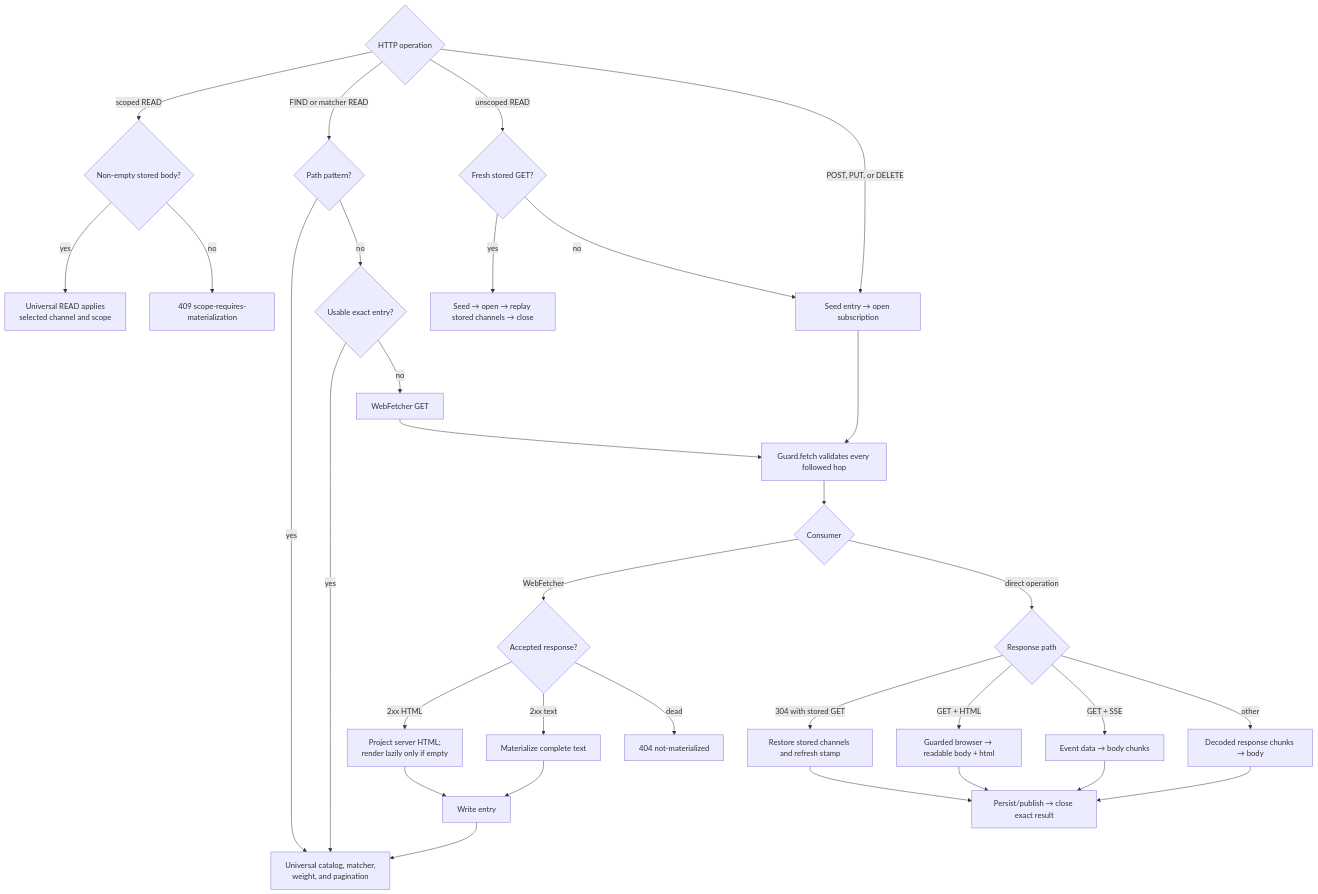
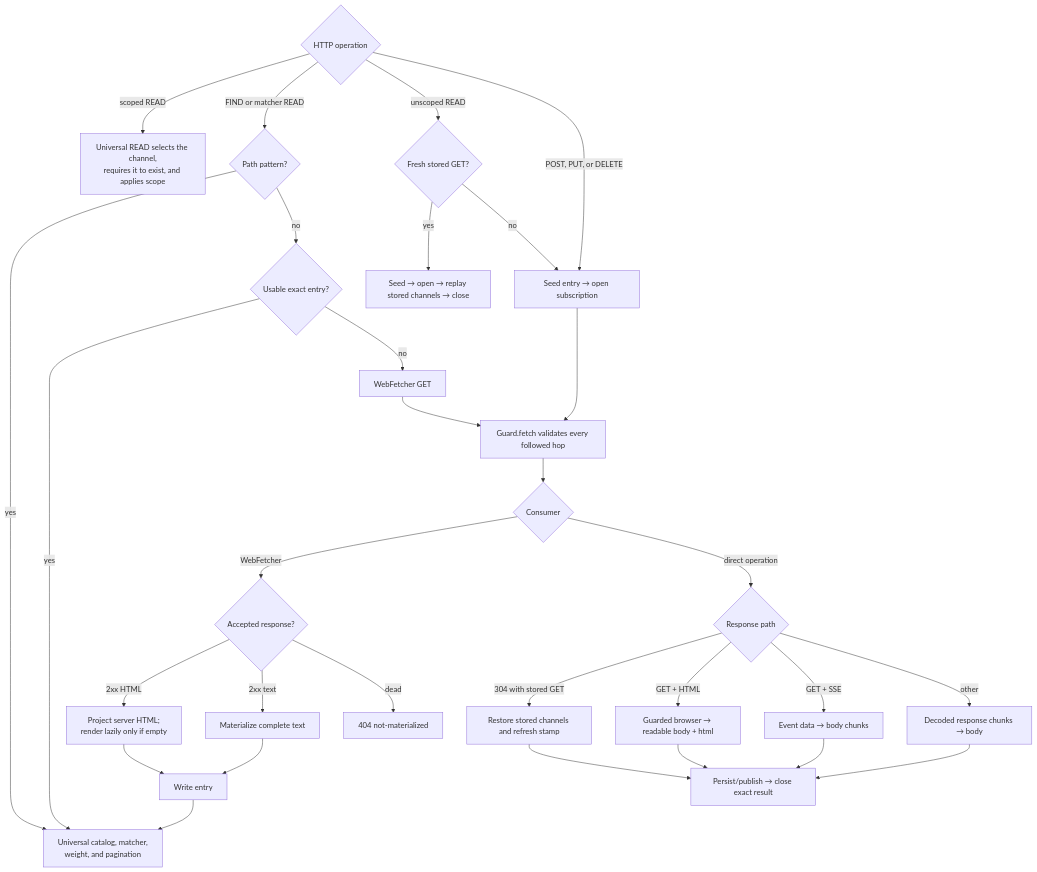
One commit to plurnk/plurnk-service changed the first of 2 diagrams in plurnk-schemes-http/SPEC.md. Above: the diagram before and after it, drawn with Mermaid. The commit also changed other lines of this file and 4 other files, not shown here.

Commit message:
fix(http): scope the selected response channel (#124)

````diff
--- a/plurnk-schemes-http/SPEC.md
+++ b/plurnk-schemes-http/SPEC.md
@@ -59,41 +59,39 @@
 ```mermaid
 flowchart TD
     op{"HTTP operation"}
 
-    op -->|scoped READ| hasBody{"Non-empty stored body?"}
-    hasBody -->|yes| selected["Universal READ applies<br/>selected channel and scope"]
-    hasBody -->|no| scopeError["409 scope-requires-materialization"]
+    op -->|scoped READ| selected["Universal READ selects the channel,<br/>requires it to exist, and applies scope"]
 
     op -->|FIND or matcher READ| pattern{"Path pattern?"}
     pattern -->|yes| query["Universal catalog, matcher,<br/>weight, and pagination"]
     pattern -->|no| usable{"Usable exact entry?"}
     usable -->|yes| query
     usable -->|no| prefetch["WebFetcher GET"]
 
     op -->|unscoped READ| fresh{"Fresh stored GET?"}
     fresh -->|yes| replay["Seed → open → replay stored channels → close"]
     fresh -->|no| stream["Seed entry → open subscription"]
     op -->|POST, PUT, or DELETE| stream
 
     prefetch --> guard["Guard.fetch validates every followed hop"]
     stream --> guard
     guard --> owner{"Consumer"}
 
     owner -->|WebFetcher| prefetchType{"Accepted response?"}
     prefetchType -->|2xx HTML| prefetchHtml["Project server HTML;<br/>render lazily only if empty"]
     prefetchType -->|2xx text| prefetchText["Materialize complete text"]
     prefetchType -->|dead| dead["404 not-materialized"]
     prefetchHtml --> materialize["Write entry"]
     prefetchText --> materialize
     materialize --> query
 
     owner -->|direct operation| response{"Response path"}
     response -->|304 with stored GET| restore["Restore stored channels and refresh stamp"]
     response -->|GET + HTML| render["Guarded browser → readable body + html"]
     response -->|GET + SSE| events["Event data → body chunks"]
     response -->|other| bytes["Decoded response chunks → body"]
     restore --> close["Persist/publish → close exact result"]
     render --> close
     events --> close
     bytes --> close
 ```
````
